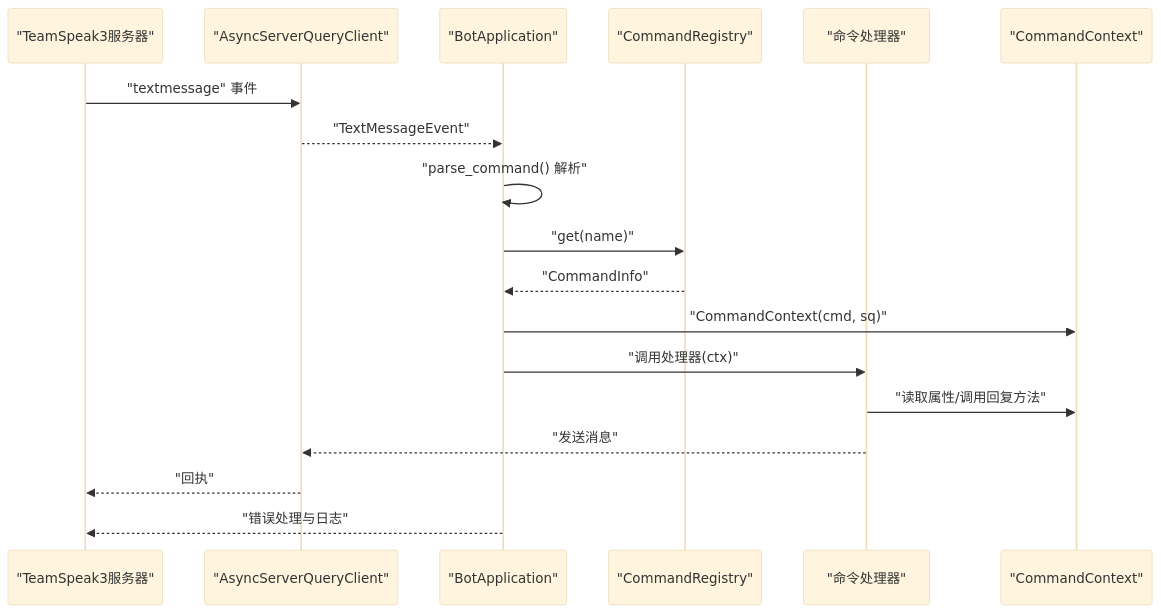
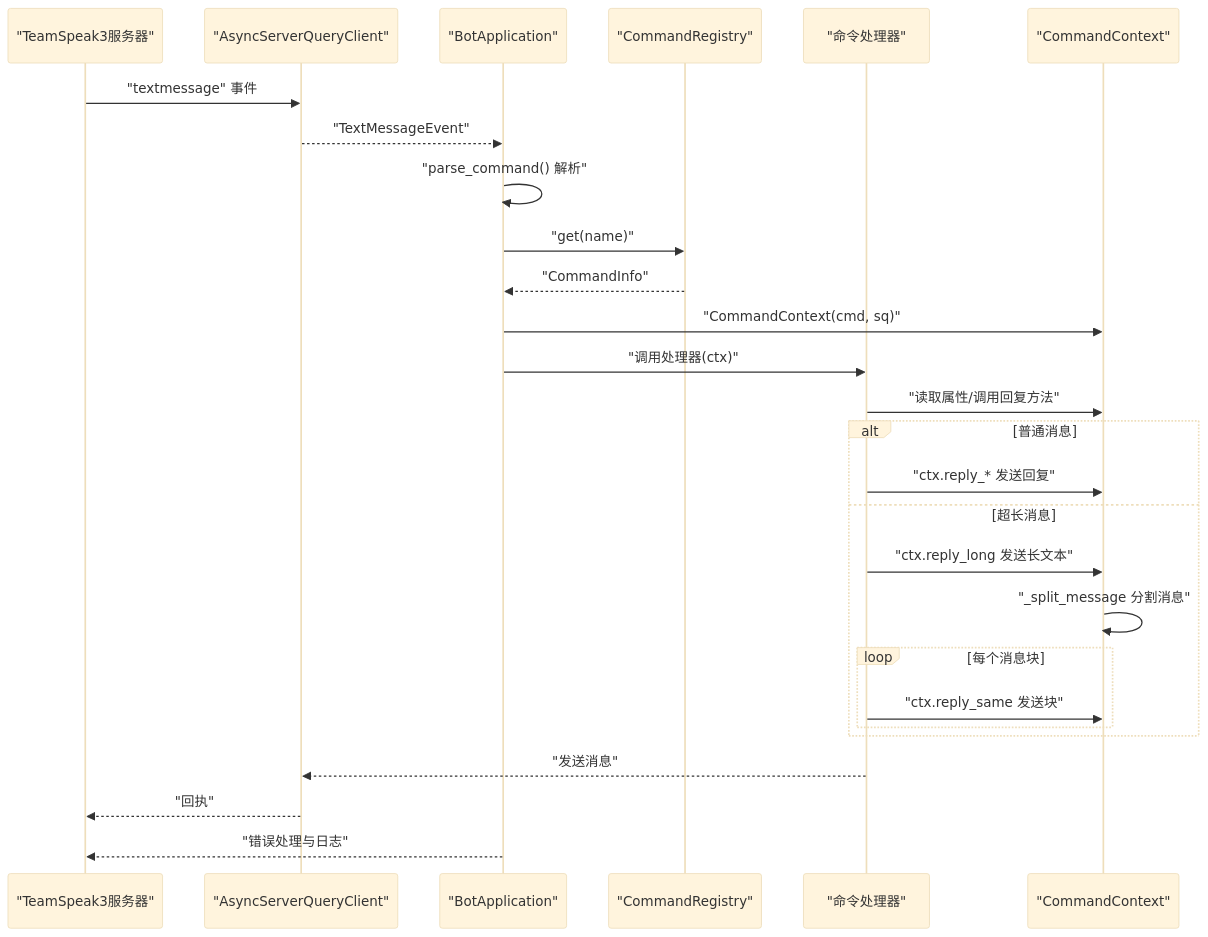
Before and after one commit to GhoulOwl/Teamspeak3_Bot: the second of 7 diagrams in .qoder/repowiki/zh/content/命令系统/命令上下文管理.md, drawn with Mermaid (base theme). The commit also changed other lines of this file and 7 other files, not shown here.

````diff
--- a/.qoder/repowiki/zh/content/命令系统/命令上下文管理.md
+++ b/.qoder/repowiki/zh/content/命令系统/命令上下文管理.md
@@ -103,20 +120,29 @@
 ```mermaid
 sequenceDiagram
 participant TS3 as "TeamSpeak3服务器"
 participant SQ as "AsyncServerQueryClient"
 participant APP as "BotApplication"
 participant REG as "CommandRegistry"
 participant H as "命令处理器"
 participant CTX as "CommandContext"
 TS3->>SQ : "textmessage" 事件
 SQ-->>APP : "TextMessageEvent"
 APP->>APP : "parse_command() 解析"
 APP->>REG : "get(name)"
 REG-->>APP : "CommandInfo"
 APP->>CTX : "CommandContext(cmd, sq)"
 APP->>H : "调用处理器(ctx)"
 H->>CTX : "读取属性/调用回复方法"
+alt 普通消息
+H->>CTX : "ctx.reply_* 发送回复"
+else 超长消息
+H->>CTX : "ctx.reply_long 发送长文本"
+CTX->>CTX : "_split_message 分割消息"
+loop 每个消息块
+H->>CTX : "ctx.reply_same 发送块"
+end
+end
 H-->>SQ : "发送消息"
 SQ-->>TS3 : "回执"
 APP-->>TS3 : "错误处理与日志"
 ```
````
